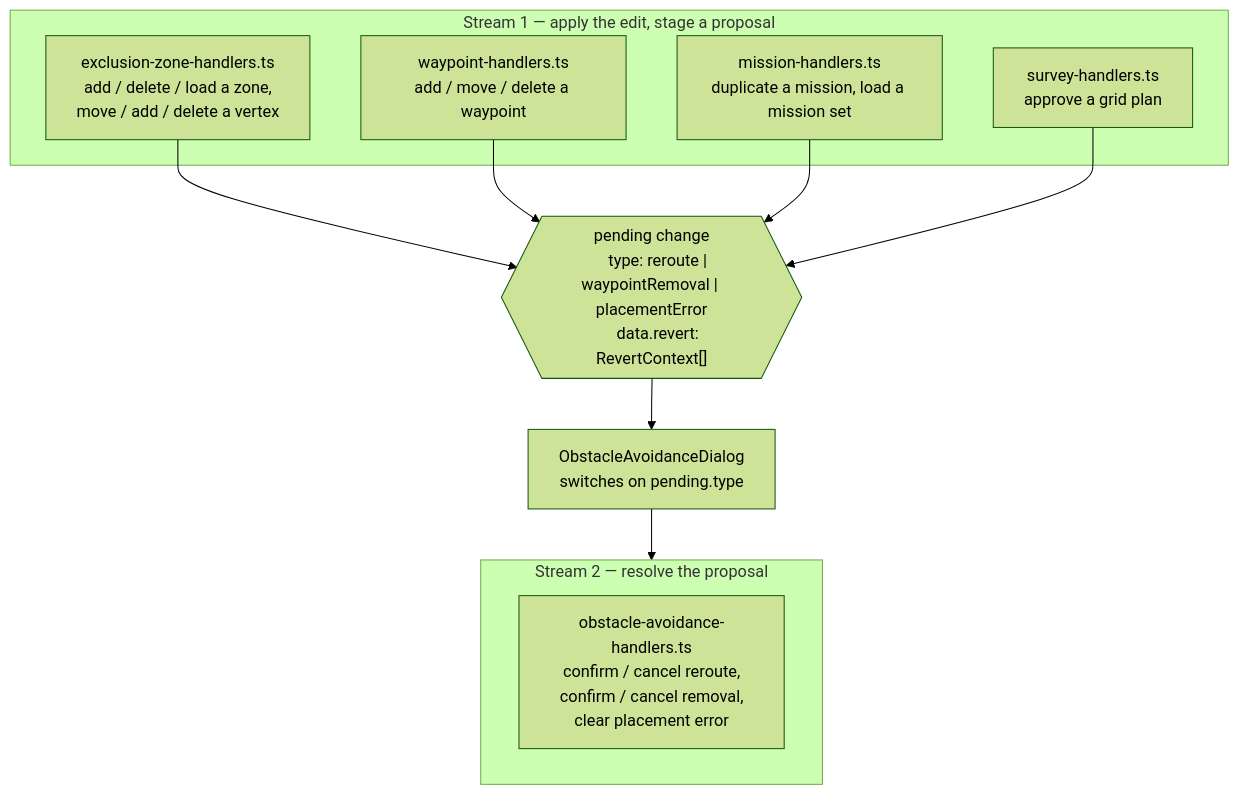
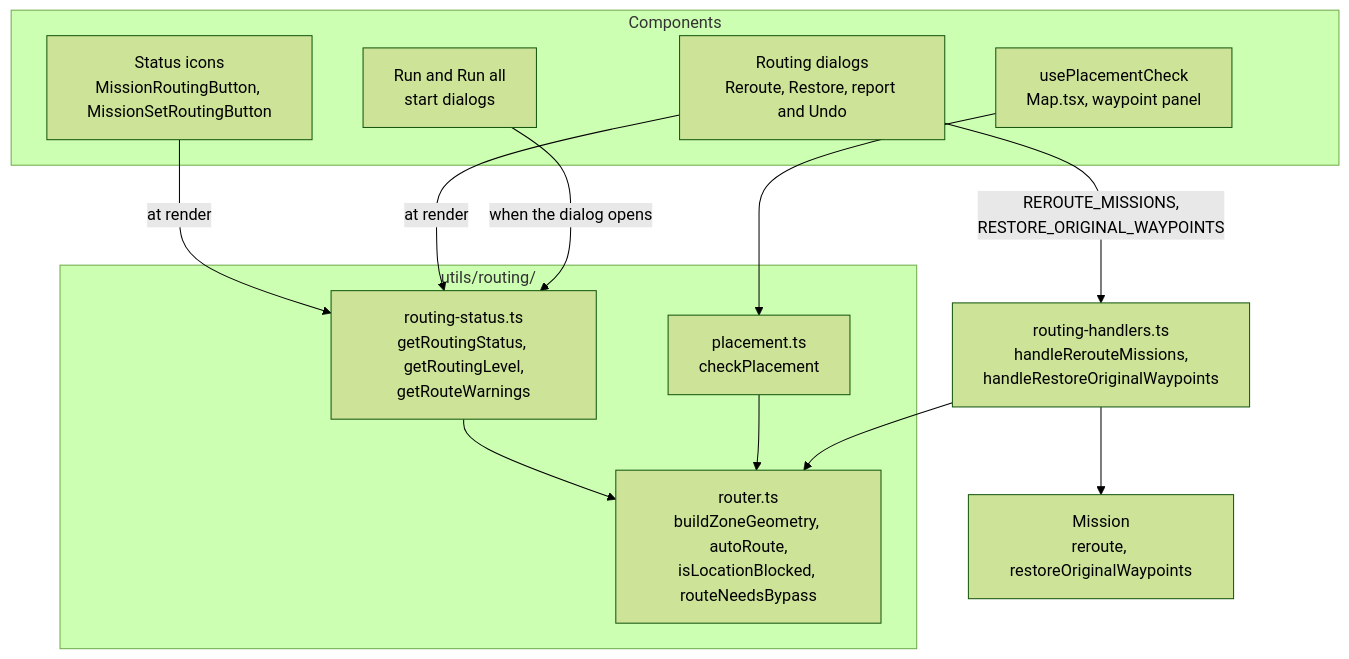
The diagram in src/doc/markdown/page113_obstacle_avoidance.md (jaiarobotics/jaiabot), drawn with Mermaid (forest theme) before and after one commit. The commit also changed other lines of this file and 1 other file, not shown here.

First line of the commit message:
Rewrite the obstacle avoidance docs page and remove the redesign doc

````diff
--- a/src/doc/markdown/page113_obstacle_avoidance.md
+++ b/src/doc/markdown/page113_obstacle_avoidance.md
@@ -20,26 +146,28 @@
 ```mermaid
 flowchart TD
-    subgraph S1["Stream 1 — apply the edit, stage a proposal"]
-        EZ["exclusion-zone-handlers.ts<br/>add / delete / load a zone,<br/>move / add / delete a vertex"]
-        WP["waypoint-handlers.ts<br/>add / move / delete a waypoint"]
-        MS["mission-handlers.ts<br/>duplicate a mission, load a mission set"]
-        SV["survey-handlers.ts<br/>approve a grid plan"]
+    subgraph UI["Components"]
+        ICON["Status icons<br/>MissionRoutingButton, MissionSetRoutingButton"]
+        DLG["Routing dialogs<br/>Reroute, Restore, report and Undo"]
+        PLACE["usePlacementCheck<br/>Map.tsx, waypoint panel"]
+        RUN["Run and Run all<br/>start dialogs"]
     end
 
-    PENDING{{"pending change
-    type: reroute | waypointRemoval | placementError
-    data.revert: RevertContext[]"}}
-
-    DIALOG["ObstacleAvoidanceDialog<br/>switches on pending.type"]
-
-    subgraph S2["Stream 2 — resolve the proposal"]
-        C["obstacle-avoidance-handlers.ts<br/>confirm / cancel reroute,<br/>confirm / cancel removal,<br/>clear placement error"]
+    subgraph UTIL["utils/routing/"]
+        ROUTER["router.ts<br/>buildZoneGeometry, autoRoute,<br/>isLocationBlocked, routeNeedsBypass"]
+        STATUS["routing-status.ts<br/>getRoutingStatus, getRoutingLevel,<br/>getRouteWarnings"]
+        PLACEMENT["placement.ts<br/>checkPlacement"]
     end
 
-    EZ --> PENDING
-    WP --> PENDING
-    MS --> PENDING
-    SV --> PENDING
-    PENDING --> DIALOG
-    DIALOG --> S2
+    H["routing-handlers.ts<br/>handleRerouteMissions,<br/>handleRestoreOriginalWaypoints"]
+    M["Mission<br/>reroute, restoreOriginalWaypoints"]
+
+    ICON -- "at render" --> STATUS
+    DLG -- "at render" --> STATUS
+    RUN -- "when the dialog opens" --> STATUS
+    PLACE --> PLACEMENT
+    STATUS --> ROUTER
+    PLACEMENT --> ROUTER
+    DLG -- "REROUTE_MISSIONS,<br/>RESTORE_ORIGINAL_WAYPOINTS" --> H
+    H --> ROUTER
+    H --> M
 ```
````
